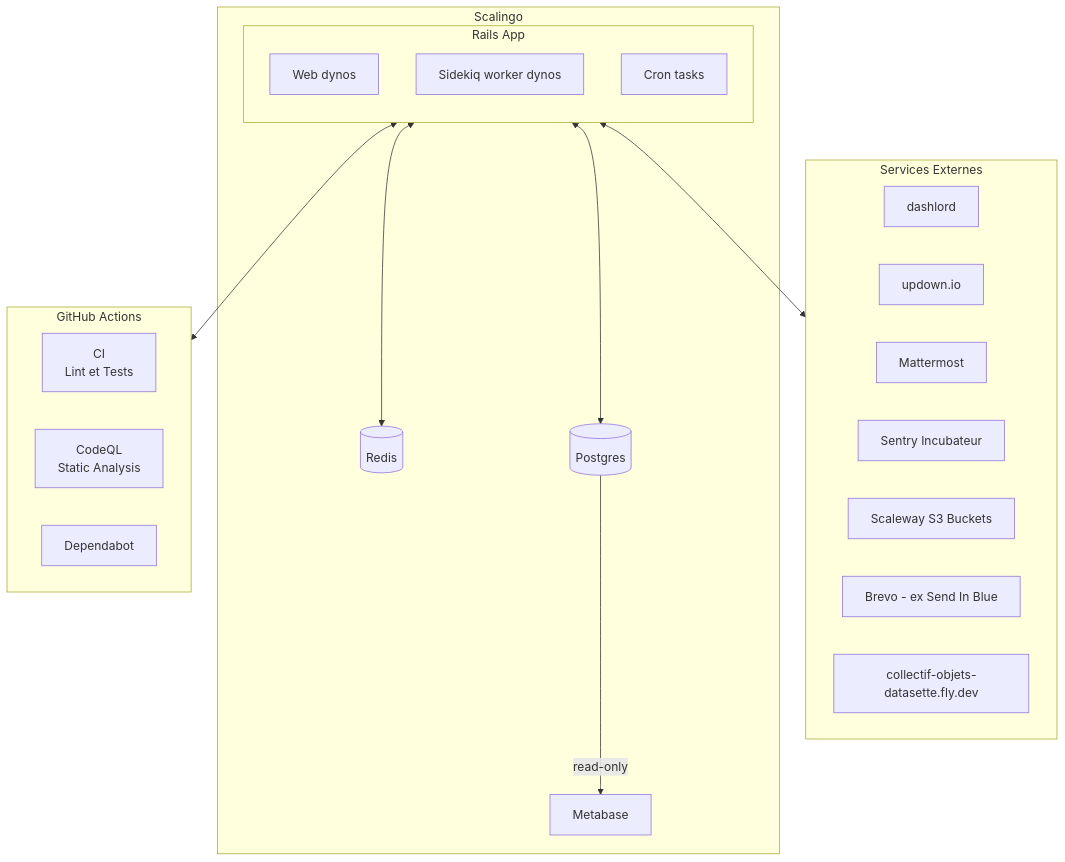
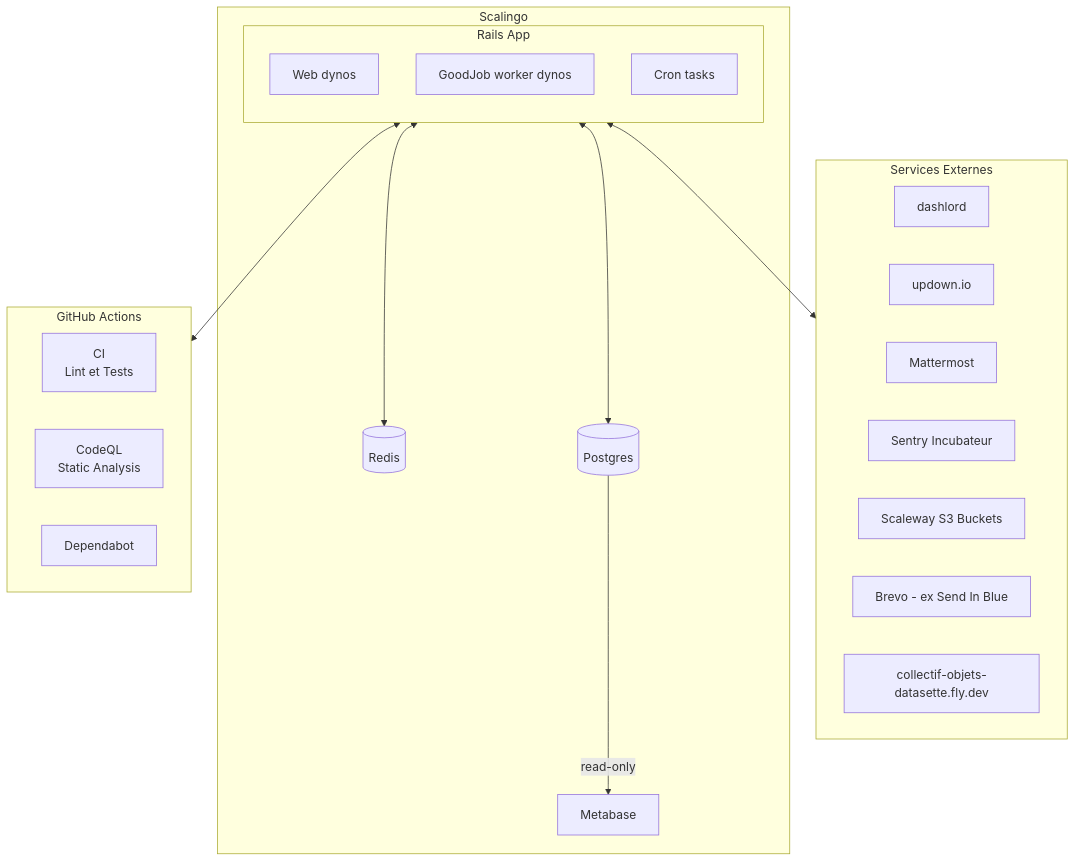
Before and after one commit to betagouv/collectif-objets: the first of 4 diagrams in README.md, drawn with Mermaid. The commit also changed other lines of this file and 59 other files, not shown here.

Commit message:
Remplacer Sidekiq par GoodJob

````diff
--- a/README.md
+++ b/README.md
@@ -196,31 +196,31 @@
 ```mermaid
 flowchart TB
 
   subgraph ext[Services Externes]
     dashlord
     updown.io
     Mattermost
     Sentry[Sentry Incubateur]
     s3[Scaleway S3 Buckets]
     brevo[Brevo - ex Send In Blue]
     datasette[collectif-objets-datasette.fly.dev]
   end
   subgraph scalingo[Scalingo]
     subgraph rails[Rails App]
       direction TB
       web[Web dynos]
-      worker[Sidekiq worker dynos]
+      worker[GoodJob worker dynos]
       cron[Cron tasks]
     end
     rails <--> redis[(Redis)]
     rails <--> postgres[(Postgres)]
     postgres -- read-only --> metabase[Metabase]
   end
   subgraph github[GitHub Actions]
     ci[CI\nLint et Tests]
     codeql[CodeQL\nStatic Analysis]
     dependabot[Dependabot]
   end
   rails <--> github
   rails <--> ext
 ```
````
